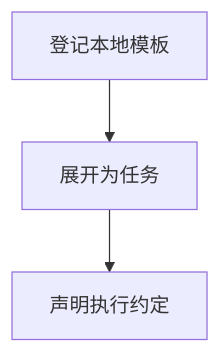
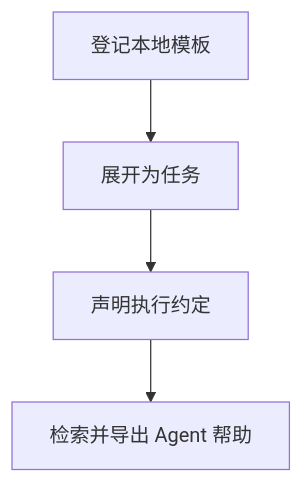
Before and after one commit to qweaxdzsc/AI4E_dojo: the diagram in docs/PRD/ai4e-task/templates/PRD.md, drawn with Mermaid. The commit also changed other lines of this file and 1348 other files, not shown here.

````diff
--- a/docs/PRD/ai4e-task/templates/PRD.md
+++ b/docs/PRD/ai4e-task/templates/PRD.md
@@ -21,8 +21,10 @@
 ```mermaid
 flowchart TD
   N0["登记本地模板"]
   N1["展开为任务"]
   N0 --> N1
   N2["声明执行约定"]
   N1 --> N2
+  N3["检索并导出 Agent 帮助"]
+  N2 --> N3
 ```
````
